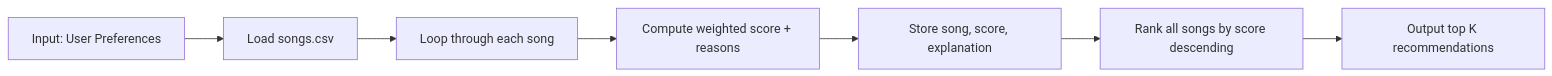
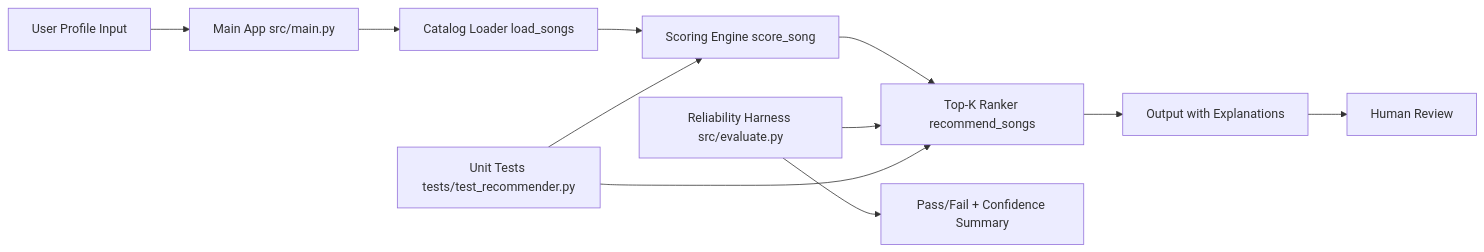
One commit to Prudent05/applied-musicrecommendation-ai-system changed the diagram in README.md. Above: the diagram before and after it, drawn with Mermaid. The commit also changed other lines of this file and 6 other files, not shown here.

Commit message:
Finalize applied AI system docs, reliability harness, and one-command runner

````diff
--- a/README.md
+++ b/README.md
@@ -68,9 +41,15 @@
 ```mermaid
 flowchart LR
-  A[Input: User Preferences] --> B[Load songs.csv]
-  B --> C[Loop through each song]
-  C --> D[Compute weighted score + reasons]
-  D --> E[Store song, score, explanation]
-  E --> F[Rank all songs by score descending]
-  F --> G[Output top K recommendations]
+  A[User Profile Input] --> B[Main App src/main.py]
+  B --> C[Catalog Loader load_songs]
+  C --> D[Scoring Engine score_song]
+  D --> E[Top-K Ranker recommend_songs]
+  E --> F[Output with Explanations]
+  F --> G[Human Review]
+
+  H[Reliability Harness src/evaluate.py] --> E
+  H --> I[Pass/Fail + Confidence Summary]
+
+  J[Unit Tests tests/test_recommender.py] --> D
+  J --> E
 ```
````
